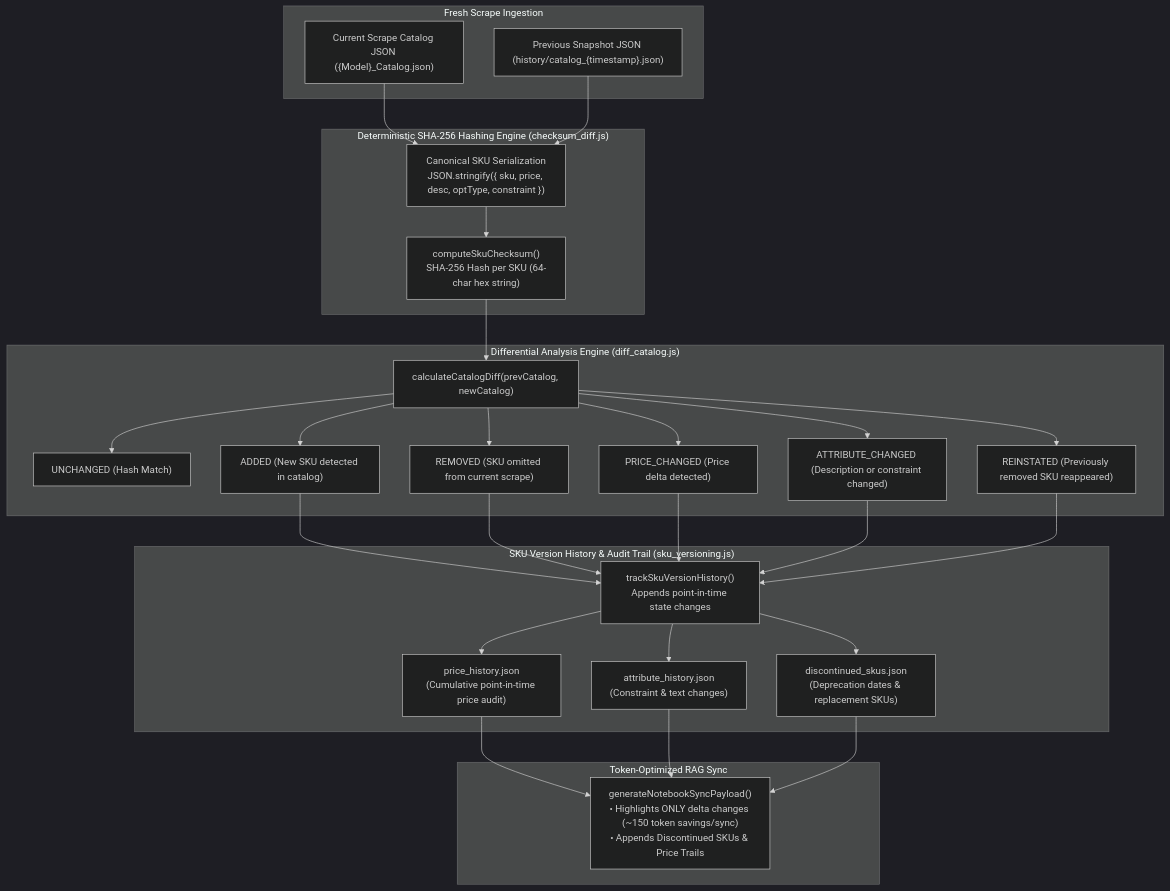
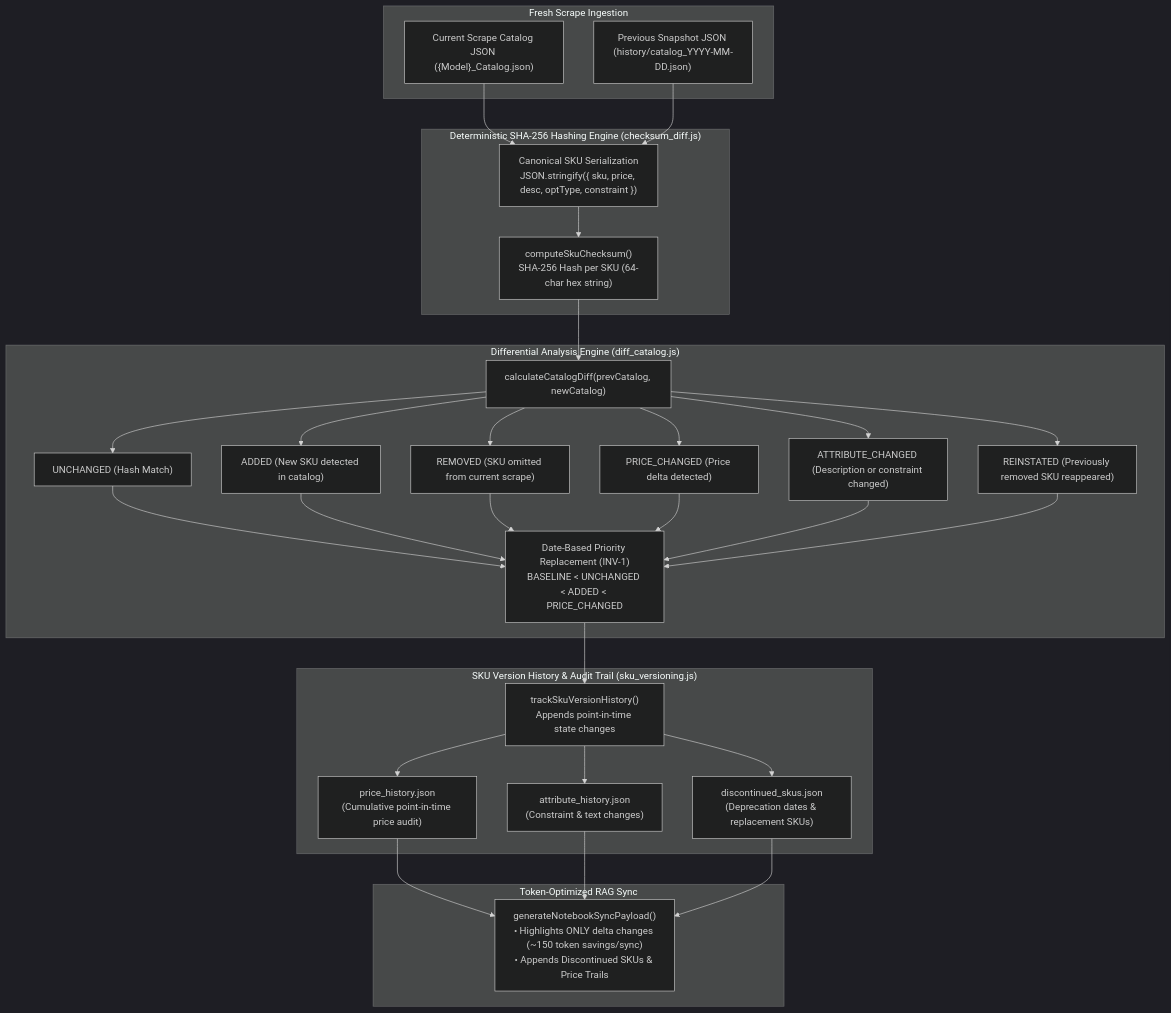
Before and after one commit to vinodhsubramanian123/updatedVendorScrapingNotebook-v2: the diagram in diagrams/fromCode/09_checksum_diffing_and_versioning_engine.md, drawn with Mermaid (dark theme). The commit also changed 2 other files, not shown here.

Commit message:
docs(diagrams): sync architecture diagrams with 10-stage scraping lifecycle and diff priority engine

````diff
--- a/diagrams/fromCode/09_checksum_diffing_and_versioning_engine.md
+++ b/diagrams/fromCode/09_checksum_diffing_and_versioning_engine.md
@@ -5,40 +5,41 @@
 ```mermaid
 graph TD
     subgraph "Fresh Scrape Ingestion"
         NEW_CAT["Current Scrape Catalog JSON ({Model}_Catalog.json)"]
-        PREV_CAT["Previous Snapshot JSON (history/catalog_{timestamp}.json)"]
+        PREV_CAT["Previous Snapshot JSON (history/catalog_YYYY-MM-DD.json)"]
     end
 
     subgraph "Deterministic SHA-256 Hashing Engine (checksum_diff.js)"
         CANONICAL["Canonical SKU Serialization<br/>JSON.stringify({ sku, price, desc, optType, constraint })"]
         HASH["computeSkuChecksum()<br/>SHA-256 Hash per SKU (64-char hex string)"]
     end
 
     subgraph "Differential Analysis Engine (diff_catalog.js)"
         DIFF["calculateCatalogDiff(prevCatalog, newCatalog)"]
         D_UNCHANGED["UNCHANGED (Hash Match)"]
         D_ADDED["ADDED (New SKU detected in catalog)"]
         D_REMOVED["REMOVED (SKU omitted from current scrape)"]
         D_PRICE["PRICE_CHANGED (Price delta detected)"]
         D_ATTR["ATTRIBUTE_CHANGED (Description or constraint changed)"]
         D_REINST["REINSTATED (Previously removed SKU reappeared)"]
+        D_PRIORITY["Date-Based Priority Replacement (INV-1)<br/>BASELINE < UNCHANGED < ADDED < PRICE_CHANGED"]
     end
 
     subgraph "SKU Version History & Audit Trail (sku_versioning.js)"
         V_TRACK["trackSkuVersionHistory()<br/>Appends point-in-time state changes"]
         PRICE_LOG["price_history.json<br/>(Cumulative point-in-time price audit)"]
         ATTR_LOG["attribute_history.json<br/>(Constraint & text changes)"]
         DISC_LOG["discontinued_skus.json<br/>(Deprecation dates & replacement SKUs)"]
     end
 
     subgraph "Token-Optimized RAG Sync"
         RAG_PAYLOAD["generateNotebookSyncPayload()<br/>• Highlights ONLY delta changes (~150 token savings/sync)<br/>• Appends Discontinued SKUs & Price Trails"]
     end
 
     %% Flows
     NEW_CAT & PREV_CAT --> CANONICAL --> HASH --> DIFF
     DIFF --> D_UNCHANGED & D_ADDED & D_REMOVED & D_PRICE & D_ATTR & D_REINST
-    D_ADDED & D_REMOVED & D_PRICE & D_ATTR & D_REINST --> V_TRACK
+    D_UNCHANGED & D_ADDED & D_REMOVED & D_PRICE & D_ATTR & D_REINST --> D_PRIORITY --> V_TRACK
     V_TRACK --> PRICE_LOG & ATTR_LOG & DISC_LOG
     PRICE_LOG & ATTR_LOG & DISC_LOG --> RAG_PAYLOAD
 ```
````
